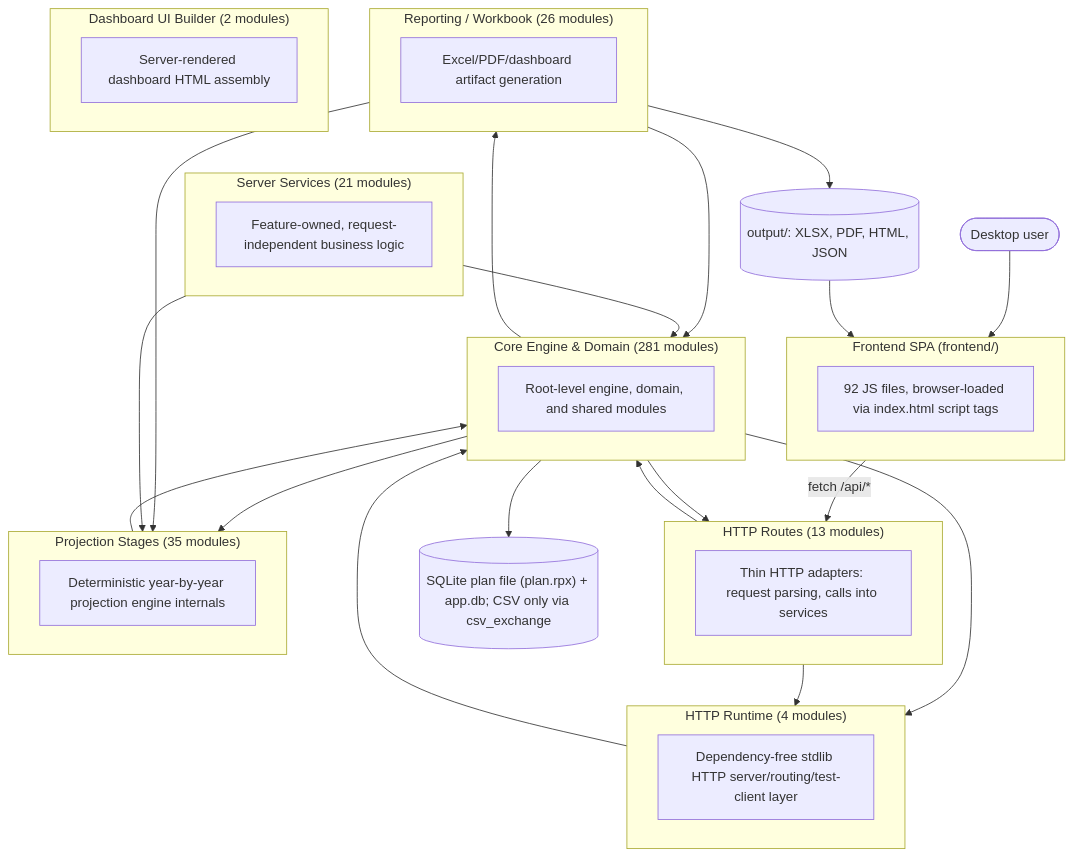
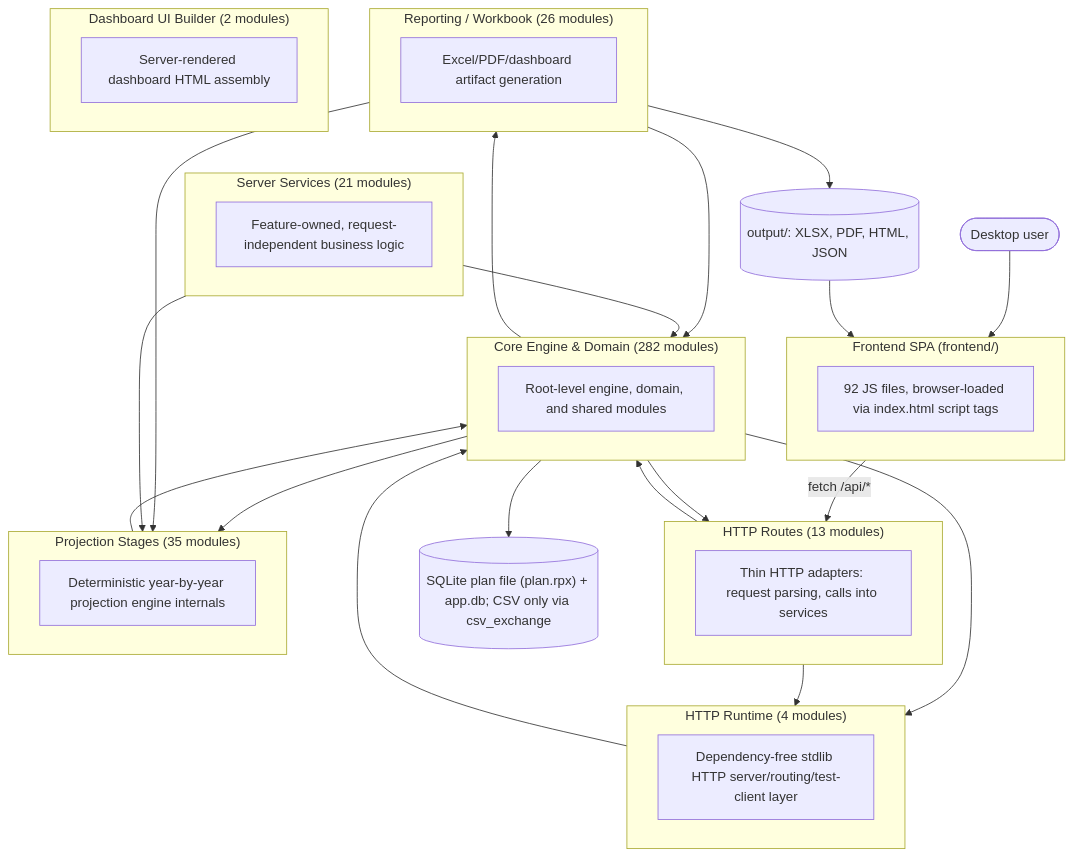
One commit to matthartzman/retirement_system changed the first of 2 diagrams in documentation/reference/SYSTEM_ARCHITECTURE_DIAGRAM.md. Above: the diagram before and after it, drawn with Mermaid. The commit also changed other lines of this file and 4 other files, not shown here.

````diff
--- a/documentation/reference/SYSTEM_ARCHITECTURE_DIAGRAM.md
+++ b/documentation/reference/SYSTEM_ARCHITECTURE_DIAGRAM.md
@@ -11,44 +11,44 @@
 ```mermaid
 flowchart TB
     User(["Desktop user"]) --> FE
     subgraph FE["Frontend SPA (frontend/)"]
         FEcount["92 JS files, browser-loaded via index.html script tags"]
     end
     FE -->|fetch /api/*| L_HTTP_Routes
     subgraph L_HTTP_Routes["HTTP Routes (13 modules)"]
         L_HTTP_Routes_d["Thin HTTP adapters: request parsing, calls into services"]
     end
     subgraph L_Server_Services["Server Services (21 modules)"]
         L_Server_Services_d["Feature-owned, request-independent business logic"]
     end
     subgraph L_HTTP_Runtime["HTTP Runtime (4 modules)"]
         L_HTTP_Runtime_d["Dependency-free stdlib HTTP server/routing/test-client layer"]
     end
-    subgraph L_Core_Engine___Domain["Core Engine & Domain (281 modules)"]
+    subgraph L_Core_Engine___Domain["Core Engine & Domain (282 modules)"]
         L_Core_Engine___Domain_d["Root-level engine, domain, and shared modules"]
     end
     subgraph L_Projection_Stages["Projection Stages (35 modules)"]
         L_Projection_Stages_d["Deterministic year-by-year projection engine internals"]
     end
     subgraph L_Reporting___Workbook["Reporting / Workbook (26 modules)"]
         L_Reporting___Workbook_d["Excel/PDF/dashboard artifact generation"]
     end
     subgraph L_Dashboard_UI_Builder["Dashboard UI Builder (2 modules)"]
         L_Dashboard_UI_Builder_d["Server-rendered dashboard HTML assembly"]
     end
     L_Core_Engine___Domain --> L_HTTP_Routes
     L_Core_Engine___Domain --> L_HTTP_Runtime
     L_Core_Engine___Domain --> L_Projection_Stages
     L_Core_Engine___Domain --> L_Reporting___Workbook
     L_HTTP_Routes --> L_Core_Engine___Domain
     L_HTTP_Routes --> L_HTTP_Runtime
     L_HTTP_Runtime --> L_Core_Engine___Domain
     L_Projection_Stages --> L_Core_Engine___Domain
     L_Reporting___Workbook --> L_Core_Engine___Domain
     L_Reporting___Workbook --> L_Projection_Stages
     L_Server_Services --> L_Core_Engine___Domain
     L_Server_Services --> L_Projection_Stages
     L_Core_Engine___Domain --> DB[("SQLite plan file (plan.rpx) + app.db; CSV only via csv_exchange")]
     L_Reporting___Workbook --> Outputs[("output/: XLSX, PDF, HTML, JSON")]
     Outputs --> FE
 ```
````
